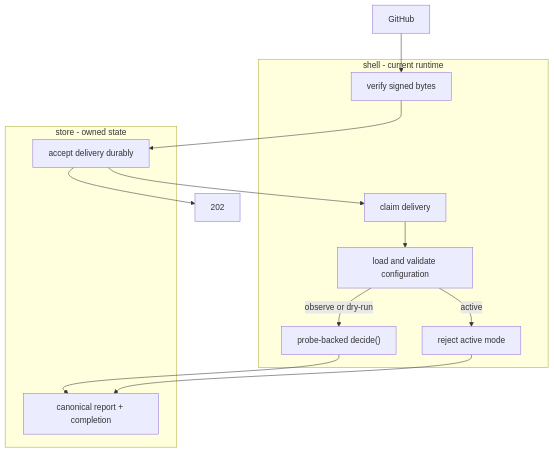
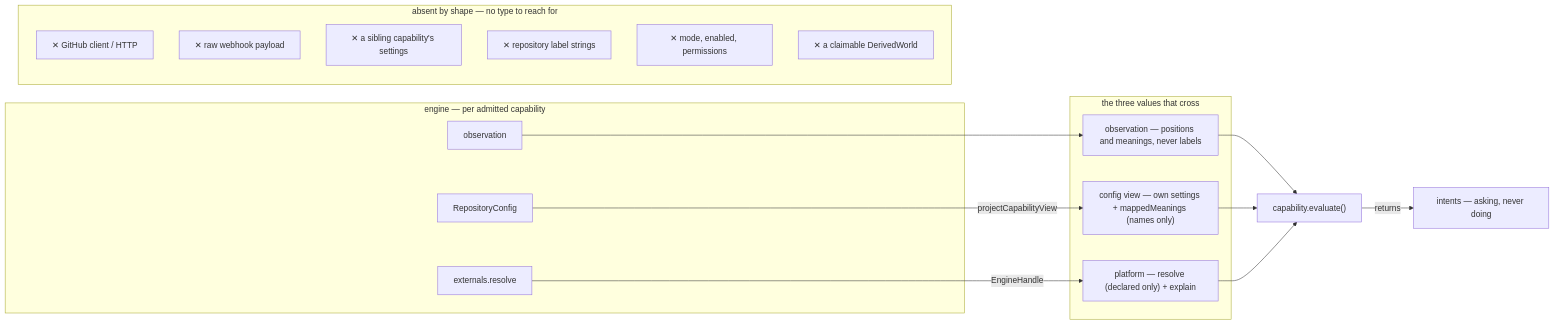
Before and after one commit to exploreriii/sdk-automations: the fifth of 9 diagrams in design/architecture.md, drawn with Mermaid. The commit also changed other lines of this file and 6 other files, not shown here.

Commit message:
docs: delete the original architecture.md as it explained the product, better covered by README and other files have the rest of the content. Replacing with a real architecture outline

````diff
--- a/design/architecture.md
+++ b/design/architecture.md
@@ -65,19 +111,28 @@
 ```mermaid
-flowchart TB
-    GH["GitHub"]
-    subgraph SHELL["shell - current runtime"]
-        VERIFY["verify signed bytes"]
-        CLAIM["claim delivery"]
-        CFG["load and validate configuration"]
-        DECIDE["probe-backed decide()"]
-        UNSUPPORTED["reject active mode"]
+flowchart LR
+    subgraph engine ["engine — per admitted capability"]
+        CFG["RepositoryConfig"]
+        OB["observation"]
+        RES["externals.resolve"]
     end
-    subgraph STORE["store - owned state"]
-        ACCEPT["accept delivery durably"]
-        COMPLETE["canonical report + completion"]
+    subgraph crosses ["the three values that cross"]
+        O["observation — positions and meanings, never labels"]
+        V["config view — own settings + mappedMeanings (names only)"]
+        P["platform — resolve (declared only) + explain"]
     end
-    GH --> VERIFY --> ACCEPT --> ACK["202"]
-    ACCEPT --> CLAIM --> CFG
-    CFG -->|observe or dry-run| DECIDE --> COMPLETE
-    CFG -->|active| UNSUPPORTED --> COMPLETE
+    CFG -->|projectCapabilityView| V
+    OB --> O
+    RES -->|EngineHandle| P
+    O --> CAP["capability.evaluate()"]
+    V --> CAP
+    P --> CAP
+    CAP -->|returns| INT["intents — asking, never doing"]
+    subgraph absent ["absent by shape — no type to reach for"]
+        X1["✕ GitHub client / HTTP"]
+        X2["✕ raw webhook payload"]
+        X3["✕ a sibling capability's settings"]
+        X4["✕ repository label strings"]
+        X5["✕ mode, enabled, permissions"]
+        X6["✕ a claimable DerivedWorld"]
+    end
 ```
````
